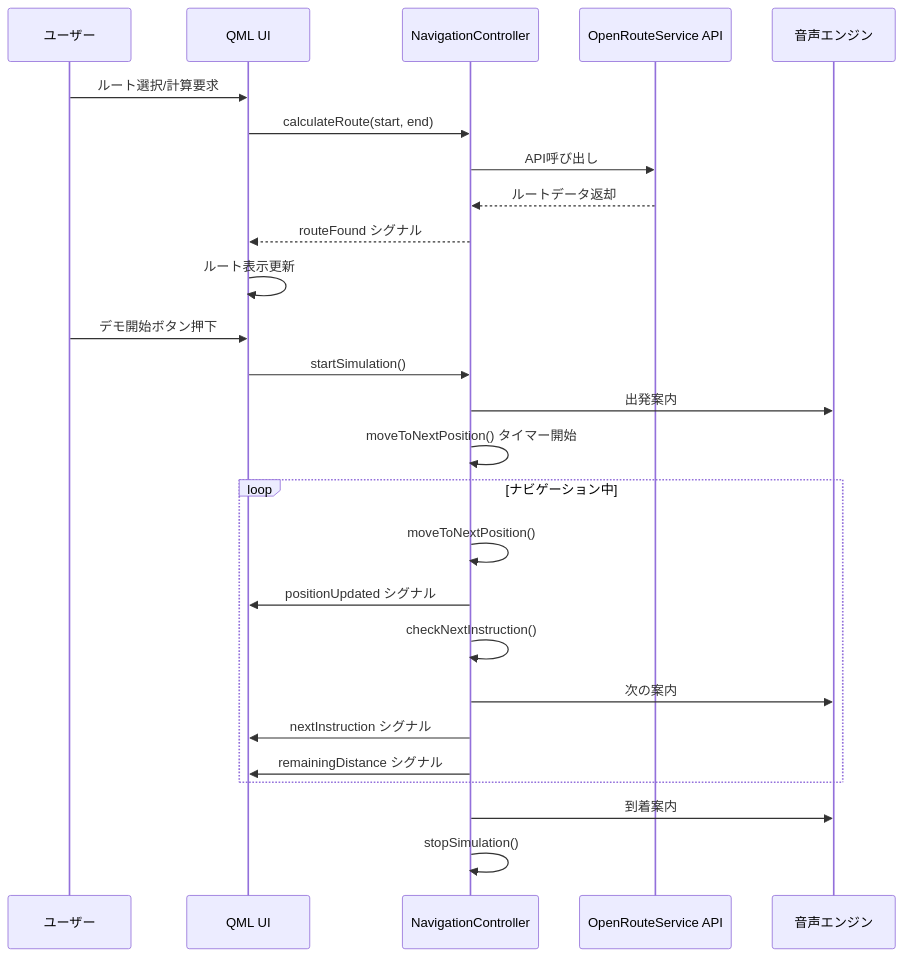
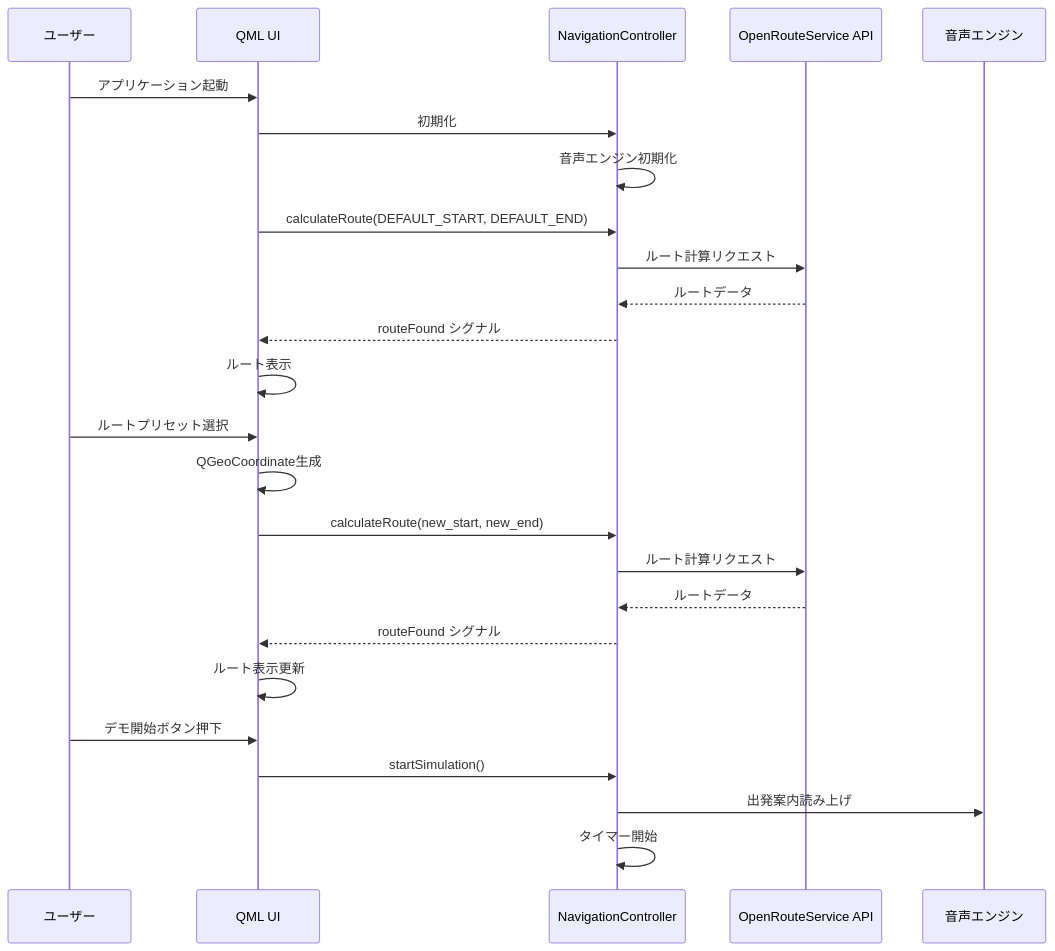
The fourth of 5 diagrams in navi_app/test/README.md (seigot/tools), drawn with Mermaid before and after one commit. The commit also changed other lines of this file, not shown here.

````diff
--- a/navi_app/test/README.md
+++ b/navi_app/test/README.md
@@ -87,30 +126,30 @@
 ```mermaid
 sequenceDiagram
     participant User as ユーザー
     participant UI as QML UI
     participant NC as NavigationController
     participant ORS as OpenRouteService API
     participant TTS as 音声エンジン
     
-    User->>UI: ルート選択/計算要求
-    UI->>NC: calculateRoute(start, end)
-    NC->>ORS: API呼び出し
-    ORS-->>NC: ルートデータ返却
+    User->>UI: アプリケーション起動
+    UI->>NC: 初期化
+    NC->>NC: 音声エンジン初期化
+    UI->>NC: calculateRoute(DEFAULT_START, DEFAULT_END)
+    NC->>ORS: ルート計算リクエスト
+    ORS-->>NC: ルートデータ
+    NC-->>UI: routeFound シグナル
+    UI->>UI: ルート表示
+    
+    User->>UI: ルートプリセット選択
+    UI->>UI: QGeoCoordinate生成
+    UI->>NC: calculateRoute(new_start, new_end)
+    NC->>ORS: ルート計算リクエスト
+    ORS-->>NC: ルートデータ
     NC-->>UI: routeFound シグナル
     UI->>UI: ルート表示更新
     
     User->>UI: デモ開始ボタン押下
     UI->>NC: startSimulation()
-    NC->>TTS: 出発案内
-    NC->>NC: moveToNextPosition() タイマー開始
-    loop ナビゲーション中
-        NC->>NC: moveToNextPosition()
-        NC->>UI: positionUpdated シグナル
-        NC->>NC: checkNextInstruction()
-        NC->>TTS: 次の案内
-        NC->>UI: nextInstruction シグナル
-        NC->>UI: remainingDistance シグナル
-    end
-    NC->>TTS: 到着案内
-    NC->>NC: stopSimulation()
+    NC->>TTS: 出発案内読み上げ
+    NC->>NC: タイマー開始
 ```
````
